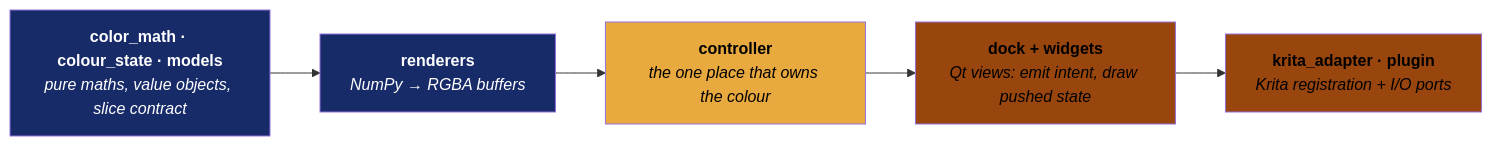
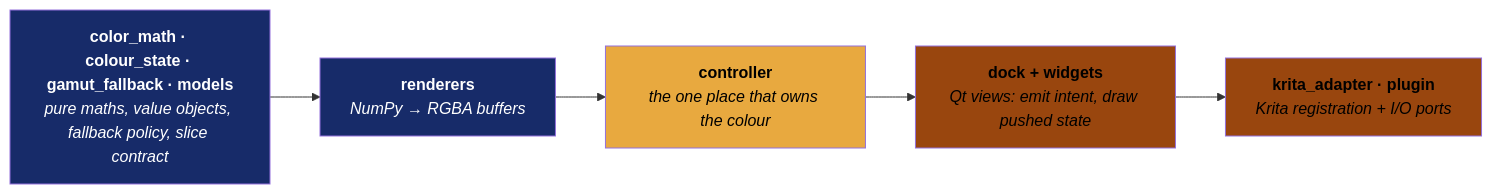
Before and after one commit to gibapiu/oklab_colour_picker_krita: the first of 5 diagrams in docs/architecture.md, drawn with Mermaid. The commit also changed other lines of this file and 9 other files, not shown here.

````diff
--- a/docs/architecture.md
+++ b/docs/architecture.md
@@ -24,14 +24,14 @@
 ```mermaid
 flowchart LR
-    A["<b>color_math · colour_state · models</b><br/><i>pure maths, value objects, slice contract</i>"]
+    A["<b>color_math · colour_state · gamut_fallback · models</b><br/><i>pure maths, value objects, fallback policy, slice contract</i>"]
     B["<b>renderers</b><br/><i>NumPy → RGBA buffers</i>"]
     C["<b>controller</b><br/><i>the one place that owns the colour</i>"]
     D["<b>dock + widgets</b><br/><i>Qt views: emit intent, draw pushed state</i>"]
     E["<b>krita_adapter · plugin</b><br/><i>Krita registration + I/O ports</i>"]
     A --> B --> C --> D --> E
     style A fill:#172b69, color: #ffffff
     style B fill:#172b69, color: #ffffff
     style C fill:#e8a93f, color: #000000
     style D fill:#99460e, color: #000000
     style E fill:#99460e, color: #000000
 ```
````
